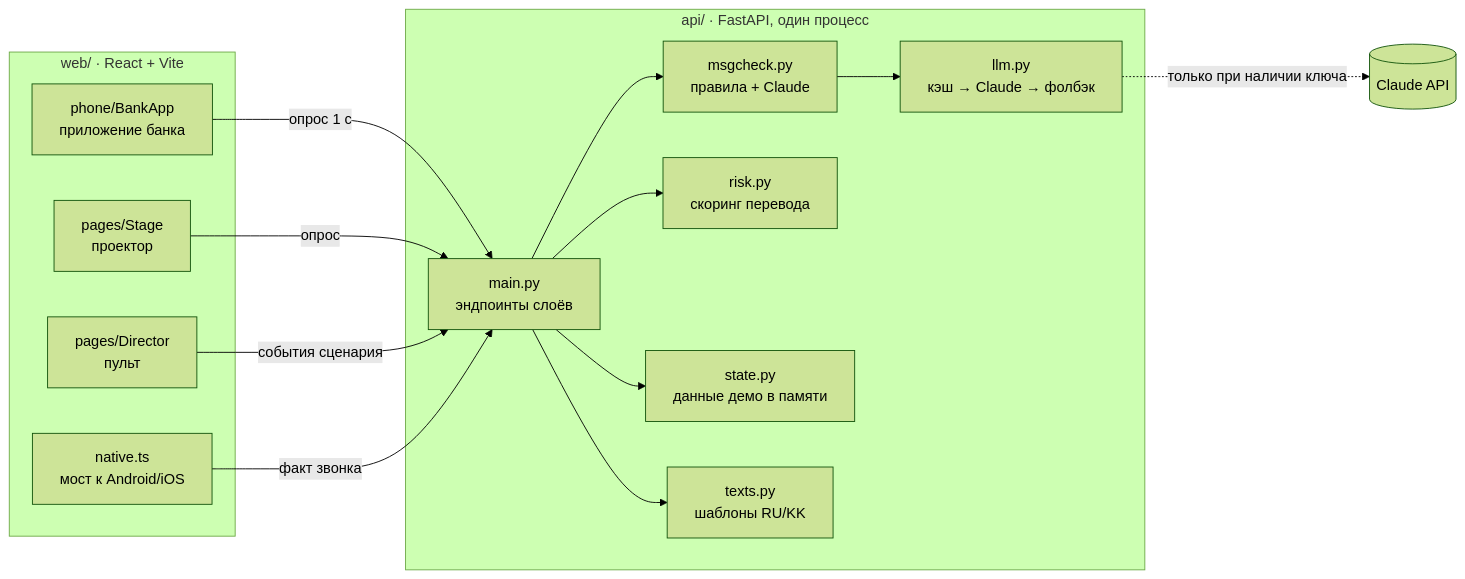
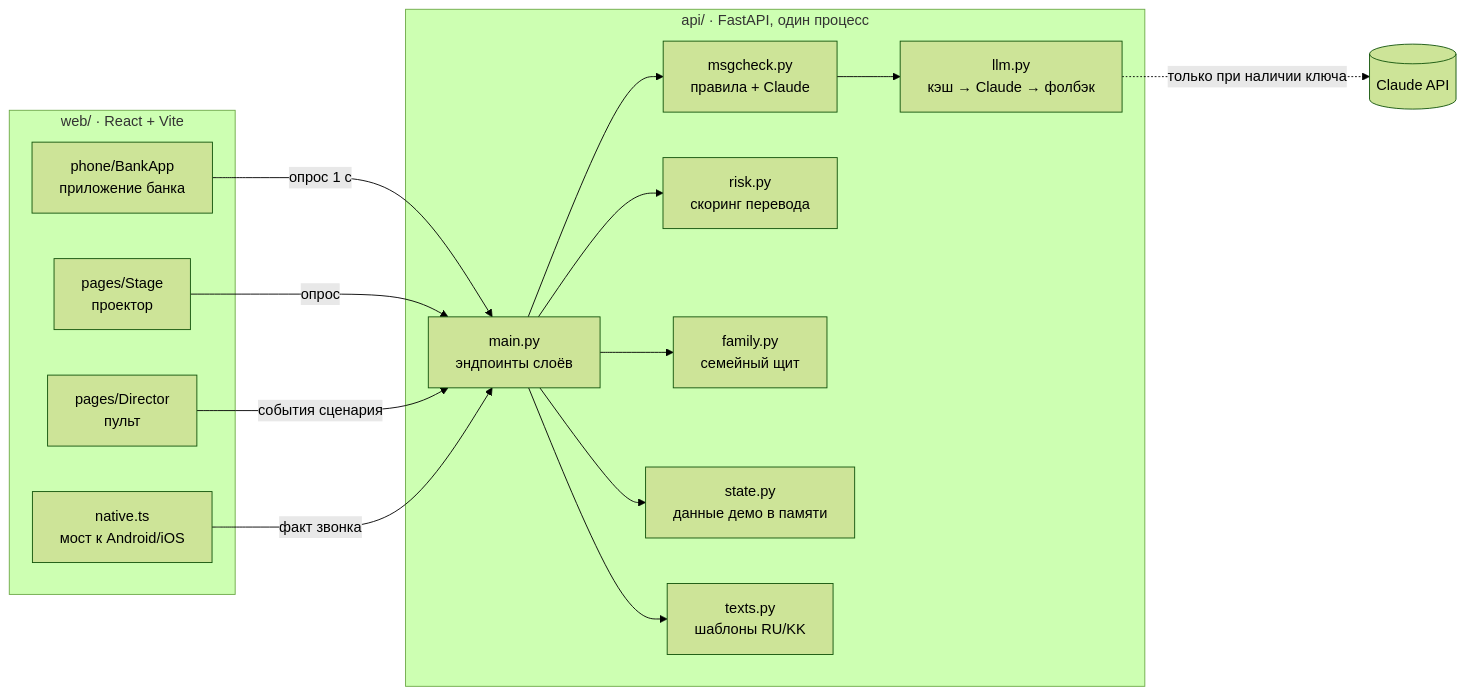
One commit to adiletpn/Qaqpan changed the first of 2 diagrams in docs/ARCHITECTURE.md. Above: the diagram before and after it, drawn with Mermaid (forest theme). The commit also changed other lines of this file and 1 other file, not shown here.

Commit message:
docs: architecture and CLAUDE.md include the family module

````diff
--- a/docs/ARCHITECTURE.md
+++ b/docs/ARCHITECTURE.md
@@ -5,26 +5,28 @@
 ```mermaid
 flowchart LR
   subgraph Web["web/ · React + Vite"]
     Phone["phone/BankApp<br/>приложение банка"]
     Stage["pages/Stage<br/>проектор"]
     Dir["pages/Director<br/>пульт"]
     Native["native.ts<br/>мост к Android/iOS"]
   end
   subgraph API["api/ · FastAPI, один процесс"]
     Main["main.py<br/>эндпоинты слоёв"]
     Msg["msgcheck.py<br/>правила + Claude"]
     Risk["risk.py<br/>скоринг перевода"]
+    Fam["family.py<br/>семейный щит"]
     State["state.py<br/>данные демо в памяти"]
     LLM["llm.py<br/>кэш → Claude → фолбэк"]
     Texts["texts.py<br/>шаблоны RU/KK"]
   end
   Phone -- "опрос 1 с" --> Main
   Stage -- "опрос" --> Main
   Dir -- "события сценария" --> Main
   Native -- "факт звонка" --> Main
   Main --> Msg --> LLM
   Main --> Risk
+  Main --> Fam
   Main --> State
   Main --> Texts
   LLM -. "только при наличии ключа" .-> Claude[(Claude API)]
 ```
````
